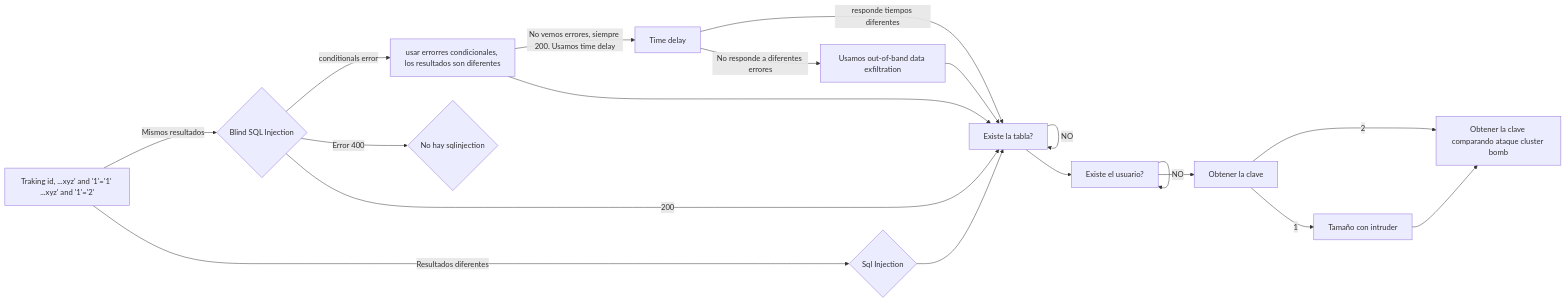
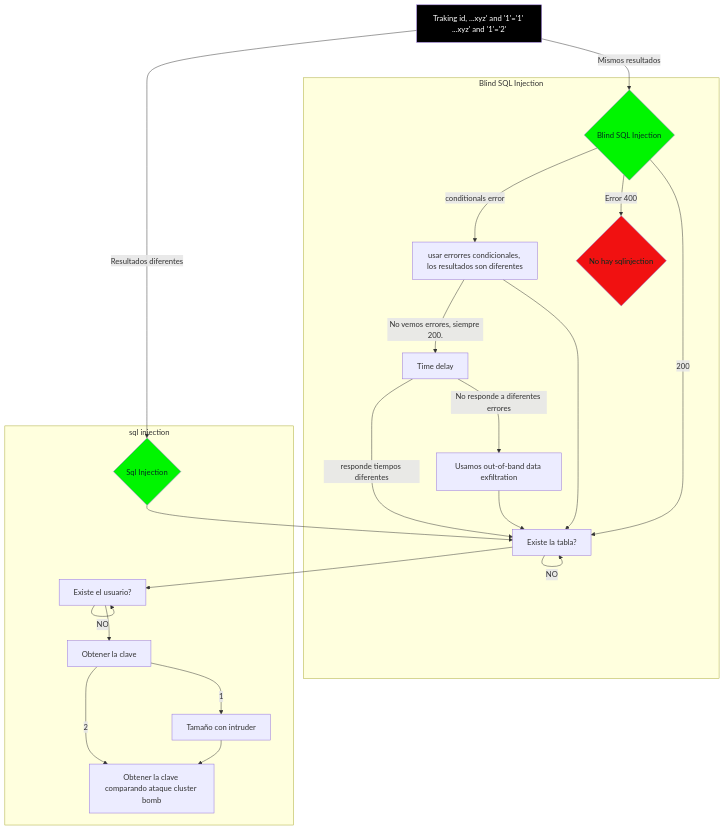
Before and after one commit to joseluisinigo/burpsuite-laboratories: the diagram in sql-inyection laboratories/blind-sql-inyection laboratories burpsuite.md, drawn with Mermaid.

Commit message:
actualizando blind sql con mermaid

````diff
--- a/sql-inyection laboratories/blind-sql-inyection laboratories burpsuite.md
+++ b/sql-inyection laboratories/blind-sql-inyection laboratories burpsuite.md
@@ -26,24 +26,36 @@
 ```mermaid
-flowchart LR
-    A[Traking id, ...xyz' and '1'='1' ...xyz' and '1'='2'] -->|Resultados diferentes| B{ Sql Injection}
-    A -->|Mismos resultados| C{Blind SQL Injection}
+flowchart 
+   classDef green color:#022e1f,fill:#00f500;
+   classDef red color:#022e1f,fill:#f11111;
+   classDef white color:#022e1f,fill:#fff;
+   classDef black color:#fff,fill:#000;
+   
+    A:::black
+    A[Traking id, ...xyz' and '1'='1' ...xyz' and '1'='2'] -->|Resultados diferentes| B{ Sql Injection}:::green
+    
+    A -->|Mismos resultados| C{Blind SQL Injection}:::green
+     subgraph Blind SQL Injection
     C-->|conditionals error| J[usar errorres condicionales, los resultados son diferentes]
-    J-->|No vemos errores, siempre 200. Usamos time delay|K[Time delay]
+    J-->|No vemos errores, siempre 200. |K[Time delay]
     K-->|responde tiempos diferentes|E
     K-->|No responde a diferentes errores|M[Usamos out-of-band data exfiltration]
     M-->E
 
     J-->E
-    C -->|Error 400| D{No hay sqlinjection}
+    C -->|Error 400| D{No hay sqlinjection}:::red
+   
+   end
+   subgraph sql injection
     C -->|200| E[Existe la tabla?]
+   
     B --> E
     E -->|NO|E
     E -->F[Existe el usuario?]
     F -->|NO|F
     F -->G[Obtener la clave]
     G -->|1|H[Tamaño con intruder]
     G -->|2|I[Obtener la clave comparando ataque cluster bomb]
     H -->I
- 
+    end
 
 ```
````
